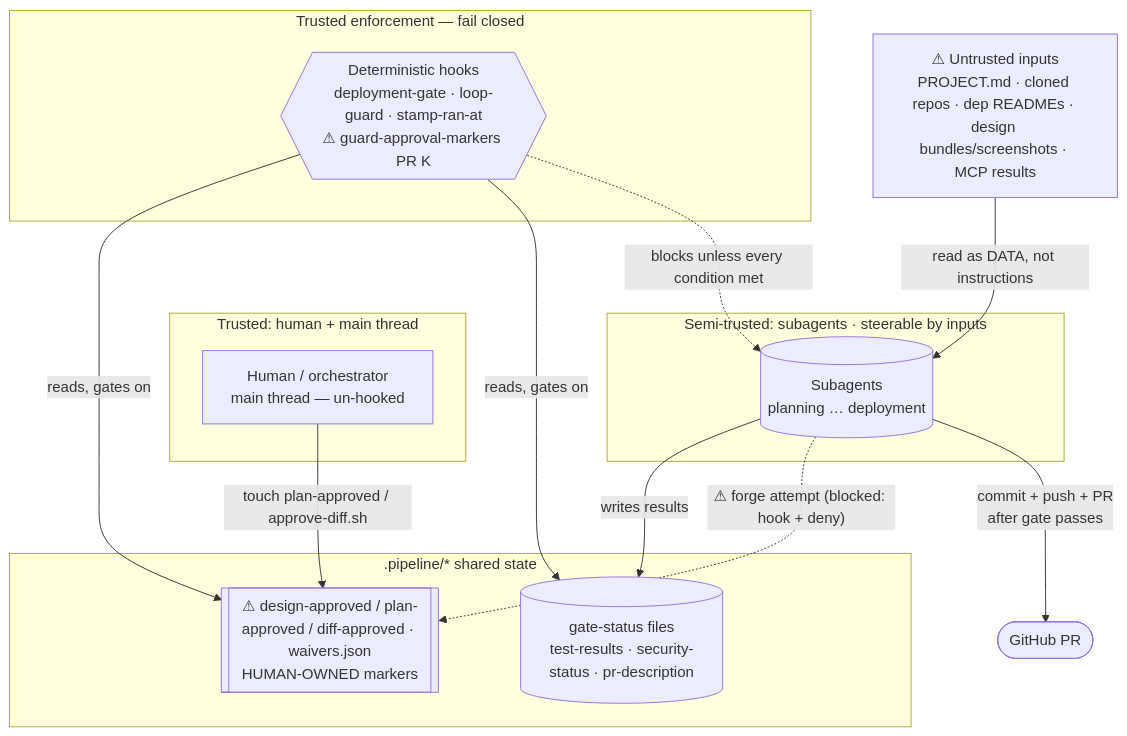
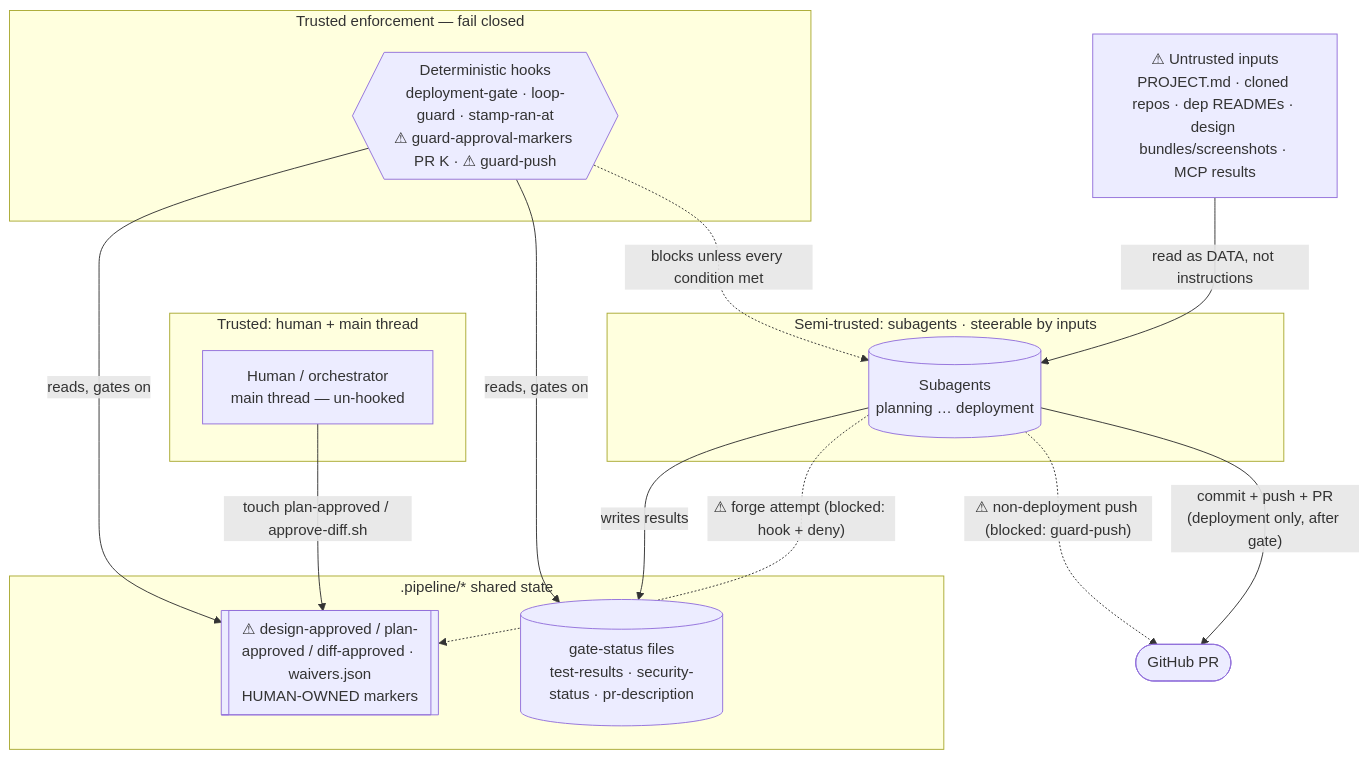
The diagram in docs/pipeline-threat-model.md (bretthinkle123/claude-agentic-workflow), drawn with Mermaid before and after one commit. The commit also changed other lines of this file and 13 other files, not shown here.

````diff
--- a/docs/pipeline-threat-model.md
+++ b/docs/pipeline-threat-model.md
@@ -133,27 +164,28 @@
 ```mermaid
 flowchart TD
     subgraph human_zone[Trusted: human + main thread]
         H[Human / orchestrator\nmain thread — un-hooked]
     end
     subgraph agent_zone[Semi-trusted: subagents · steerable by inputs]
         SA[(Subagents\nplanning … deployment)]
     end
     subgraph state_zone[.pipeline/* shared state]
         MARK[["⚠ design-approved / plan-approved / diff-approved · waivers.json\nHUMAN-OWNED markers"]]
         GST[(gate-status files\ntest-results · security-status · pr-description)]
     end
     subgraph enforce[Trusted enforcement — fail closed]
-        HOOKS{{Deterministic hooks\ndeployment-gate · loop-guard · stamp-ran-at\n⚠ guard-approval-markers PR K}}
+        HOOKS{{Deterministic hooks\ndeployment-gate · loop-guard · stamp-ran-at\n⚠ guard-approval-markers PR K · ⚠ guard-push}}
     end
     EXT["⚠ Untrusted inputs\nPROJECT.md · cloned repos · dep READMEs · design bundles/screenshots · MCP results"]
     GH([GitHub PR])
 
     H -->|touch plan-approved / approve-diff.sh| MARK
     EXT -->|read as DATA, not instructions| SA
     SA -->|writes results| GST
     SA -.->|"⚠ forge attempt (blocked: hook + deny)"| MARK
+    SA -.->|"⚠ non-deployment push (blocked: guard-push)"| GH
     HOOKS -->|reads, gates on| MARK
     HOOKS -->|reads, gates on| GST
-    SA -->|commit + push + PR\nafter gate passes| GH
+    SA -->|"commit + push + PR\n(deployment only, after gate)"| GH
     HOOKS -.->|blocks unless every condition met| SA
 ```
````
